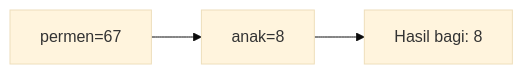
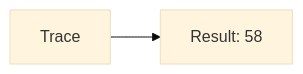
The eighth of 25 diagrams in part-c-pemahaman-cpp/01-tipe-data/latihan/set-10.md (amnahwaida/OSNK_INF_PREP), drawn with Mermaid (base theme) before and after one commit. The commit also changed other lines of this file and 71 other files, not shown here.

````diff
--- a/part-c-pemahaman-cpp/01-tipe-data/latihan/set-10.md
+++ b/part-c-pemahaman-cpp/01-tipe-data/latihan/set-10.md
@@ -392,5 +169,4 @@
 ```mermaid
 graph LR
-A["permen=67"] --> B["anak=8"]
-B --> C["Hasil bagi: 8"]
+A[Trace] --> B[Result: 58]
 ```
````
